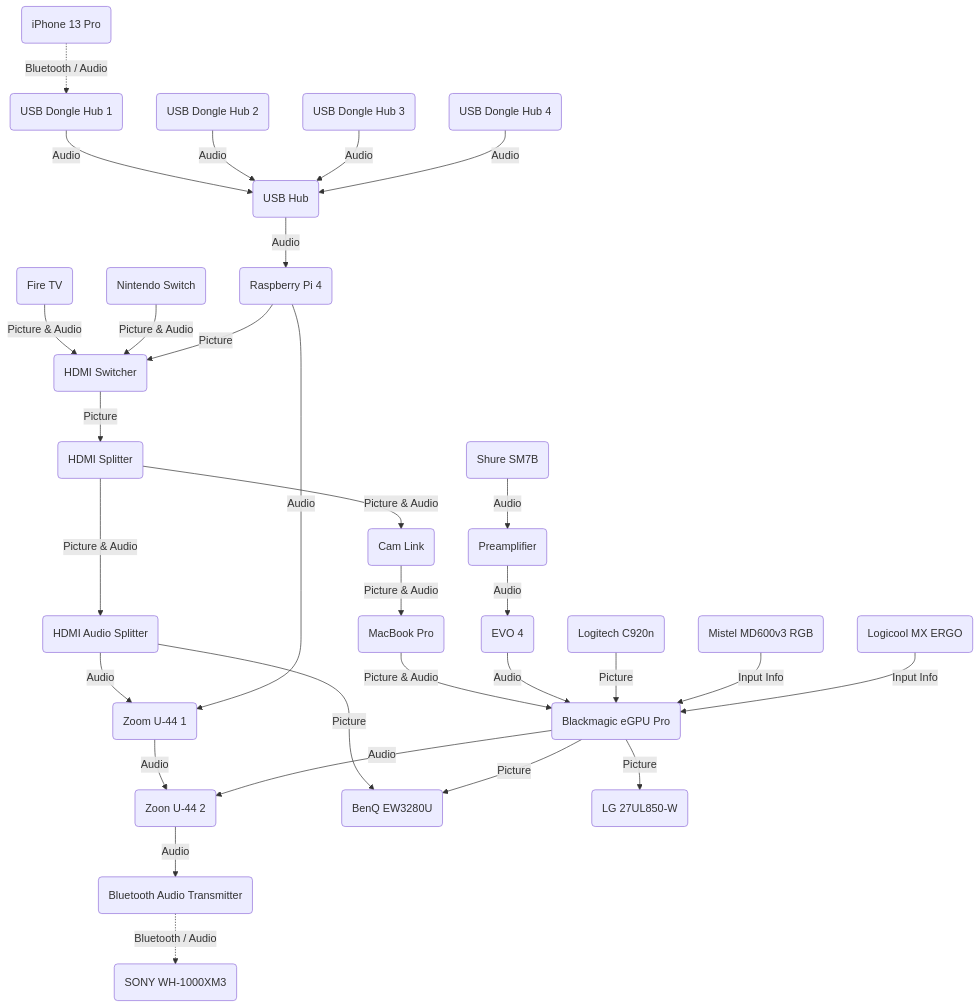
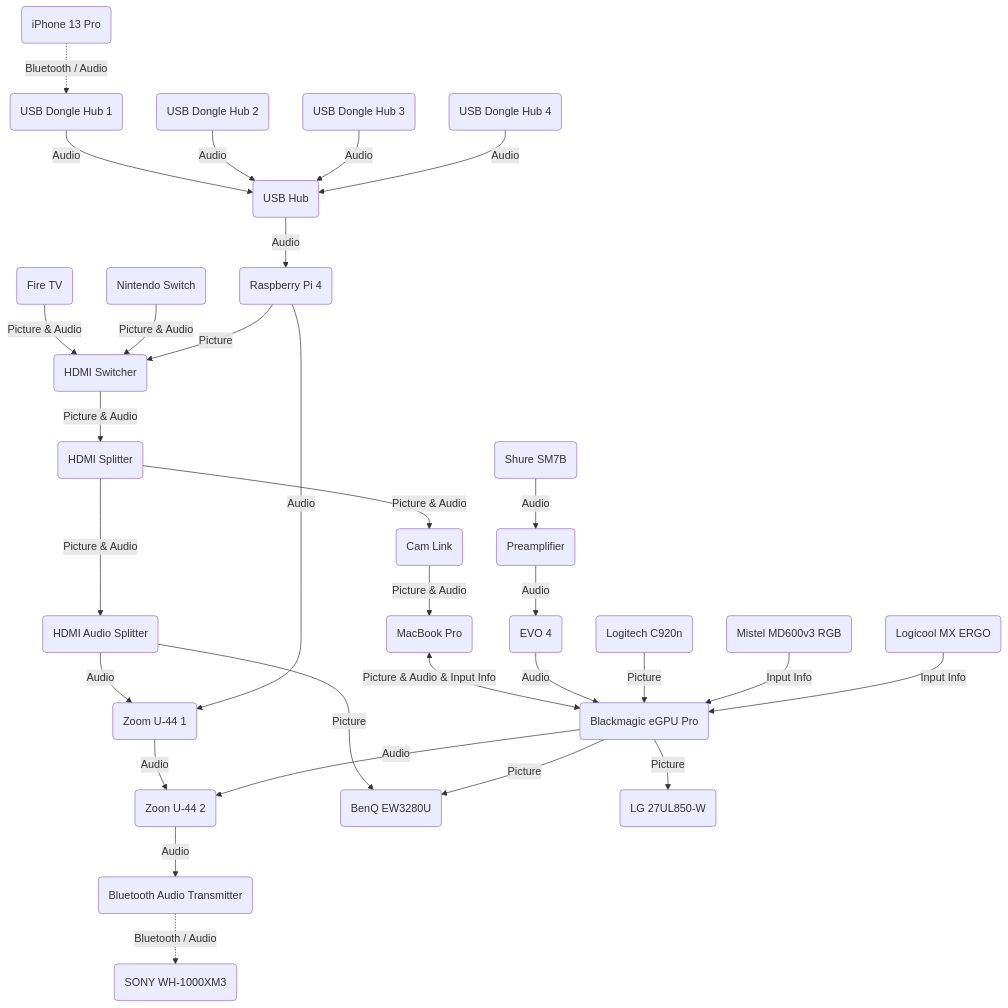
One commit to noraworld/blog changed the diagram in _posts/2022-04-01-peripheral-equipments.md. Above: the diagram before and after it, drawn with Mermaid. The commit also changed other lines of this file, not shown here.

````diff
--- a/_posts/2022-04-01-peripheral-equipments.md
+++ b/_posts/2022-04-01-peripheral-equipments.md
@@ -13,76 +13,76 @@
 ```mermaid
 flowchart TD
     %% Begin elements part
     firetv(Fire TV)
     switch(Nintendo Switch)
 
     pi(Raspberry Pi 4)
     pi_usb_hub(USB Hub)
     pi_usb_dongle_hub_1(USB Dongle Hub 1)
     pi_usb_dongle_hub_2(USB Dongle Hub 2)
     pi_usb_dongle_hub_3(USB Dongle Hub 3)
     pi_usb_dongle_hub_4(USB Dongle Hub 4)
 
     hdmi_switcher(HDMI Switcher)
     audio_splitter(HDMI Audio Splitter)
     hdmi_splitter(HDMI Splitter)
 
     usb_dac1(Zoom U-44 1)
     usb_dac2(Zoon U-44 2)
 
     transmitter(Bluetooth Audio Transmitter)
     headphone(SONY WH-1000XM3)
 
     mac(MacBook Pro)
     egpu(Blackmagic eGPU Pro)
 
     audio_interface(EVO 4)
     preamplifier(Preamplifier)
     microphone(Shure SM7B)
     capture_card(Cam Link)
     camera(Logitech C920n)
     keyboard(Mistel MD600v3 RGB)
     mouse(Logicool MX ERGO)
     monitor1(BenQ EW3280U)
     monitor2(LG 27UL850-W)
 
     iphone(iPhone 13 Pro)
     %% End elements part
 
 
 
     %% Begin connections part
     firetv -- Picture & Audio --> hdmi_switcher
     switch -- Picture & Audio --> hdmi_switcher
     pi -- Picture --> hdmi_switcher
 
-    hdmi_switcher -- Picture --> hdmi_splitter
+    hdmi_switcher -- Picture & Audio --> hdmi_splitter
     hdmi_splitter -- Picture & Audio --> audio_splitter
     hdmi_splitter -- Picture & Audio --> capture_card
     audio_splitter -- Picture --> monitor1
     audio_splitter -- Audio --> usb_dac1
 
     usb_dac1 -- Audio --> usb_dac2
     pi -- Audio --> usb_dac1
     usb_dac2 -- Audio --> transmitter
     egpu -- Audio --> usb_dac2
     pi_usb_hub -- Audio --> pi
     transmitter -. Bluetooth / Audio .-> headphone
 
-    mac -- Picture & Audio --> egpu
+    mac <-- Picture & Audio & Input Info --> egpu
     audio_interface -- Audio --> egpu
     preamplifier -- Audio --> audio_interface
     microphone -- Audio --> preamplifier
     camera -- Picture --> egpu
     keyboard -- Input Info --> egpu
     mouse -- Input Info --> egpu
     egpu -- Picture --> monitor1
     egpu -- Picture --> monitor2
     capture_card -- Picture & Audio --> mac
 
     iphone -. Bluetooth / Audio .-> pi_usb_dongle_hub_1 -- Audio --> pi_usb_hub
     pi_usb_dongle_hub_2 -- Audio --> pi_usb_hub
     pi_usb_dongle_hub_3 -- Audio --> pi_usb_hub
     pi_usb_dongle_hub_4 -- Audio --> pi_usb_hub
     %% End connections part
 ```
````
